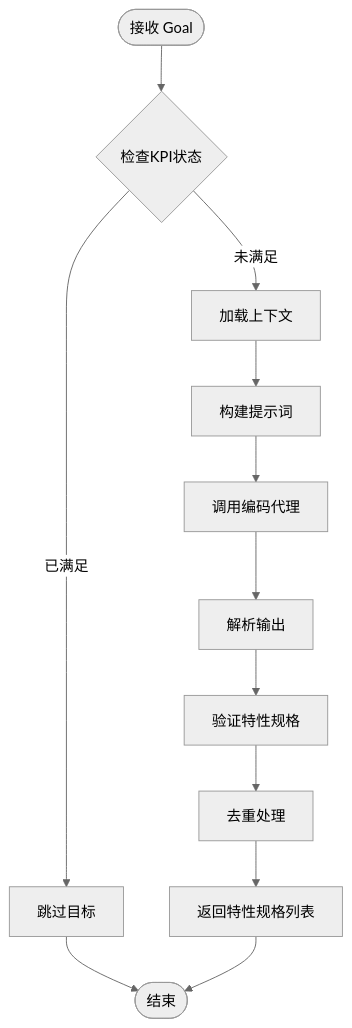
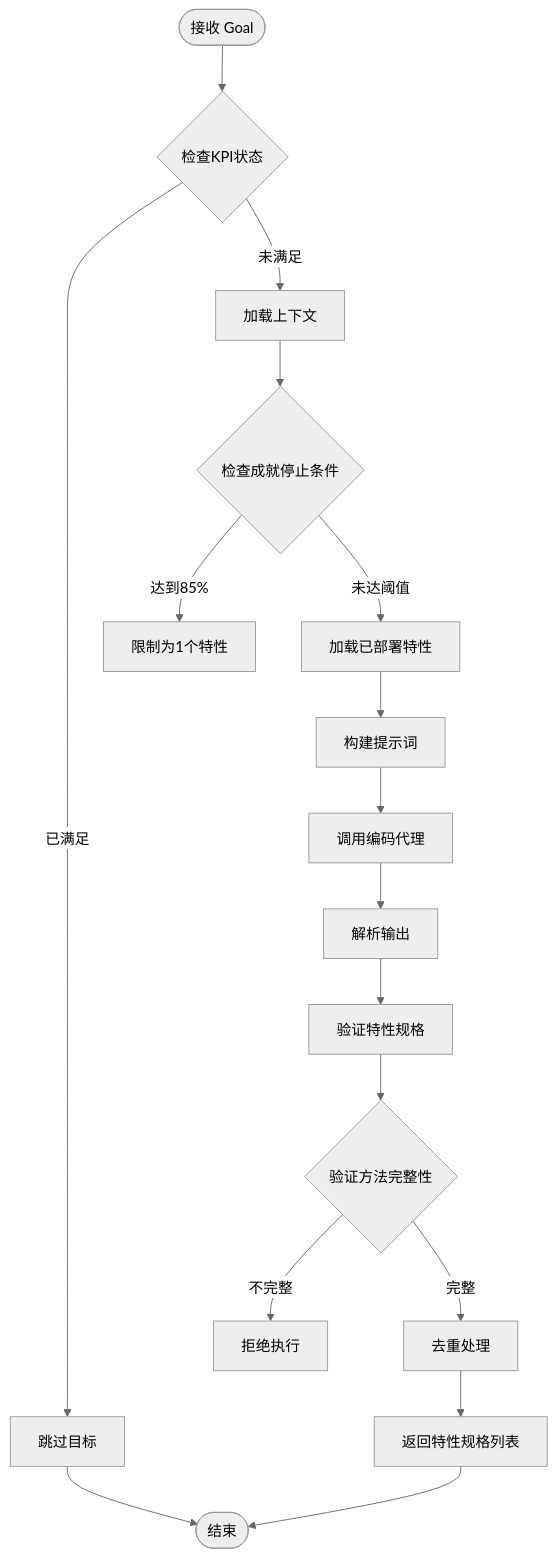
One commit to pinsonchen/vivify changed the third of 15 diagrams in .qoder/repowiki/zh/content/技术实现参考/评估文档套件.md. Above: the diagram before and after it, drawn with Mermaid (neutral theme). The commit also changed other lines of this file and 16 other files, not shown here.

````diff
--- a/.qoder/repowiki/zh/content/技术实现参考/评估文档套件.md
+++ b/.qoder/repowiki/zh/content/技术实现参考/评估文档套件.md
@@ -120,14 +148,19 @@
 ```mermaid
 flowchart TD
 Start([接收 Goal]) --> CheckKPI{检查KPI状态}
 CheckKPI --> |已满足| Skip[跳过目标]
 CheckKPI --> |未满足| LoadContext[加载上下文]
-LoadContext --> BuildPrompt[构建提示词]
+LoadContext --> CheckAchievement{检查成就停止条件}
+CheckAchievement --> |达到85%| LimitFeatures[限制为1个特性]
+CheckAchievement --> |未达阈值| LoadDeployed[加载已部署特性]
+LoadDeployed --> BuildPrompt[构建提示词]
 BuildPrompt --> CallAgent[调用编码代理]
 CallAgent --> ParseOutput[解析输出]
 ParseOutput --> ValidateSpecs[验证特性规格]
-ValidateSpecs --> Deduplicate[去重处理]
+ValidateSpecs --> CheckVerificationMethod{验证方法完整性}
+CheckVerificationMethod --> |不完整| Reject[拒绝执行]
+CheckVerificationMethod --> |完整| Deduplicate[去重处理]
 Deduplicate --> ReturnSpecs[返回特性规格列表]
 Skip --> End([结束])
 ReturnSpecs --> End
 ```
````
